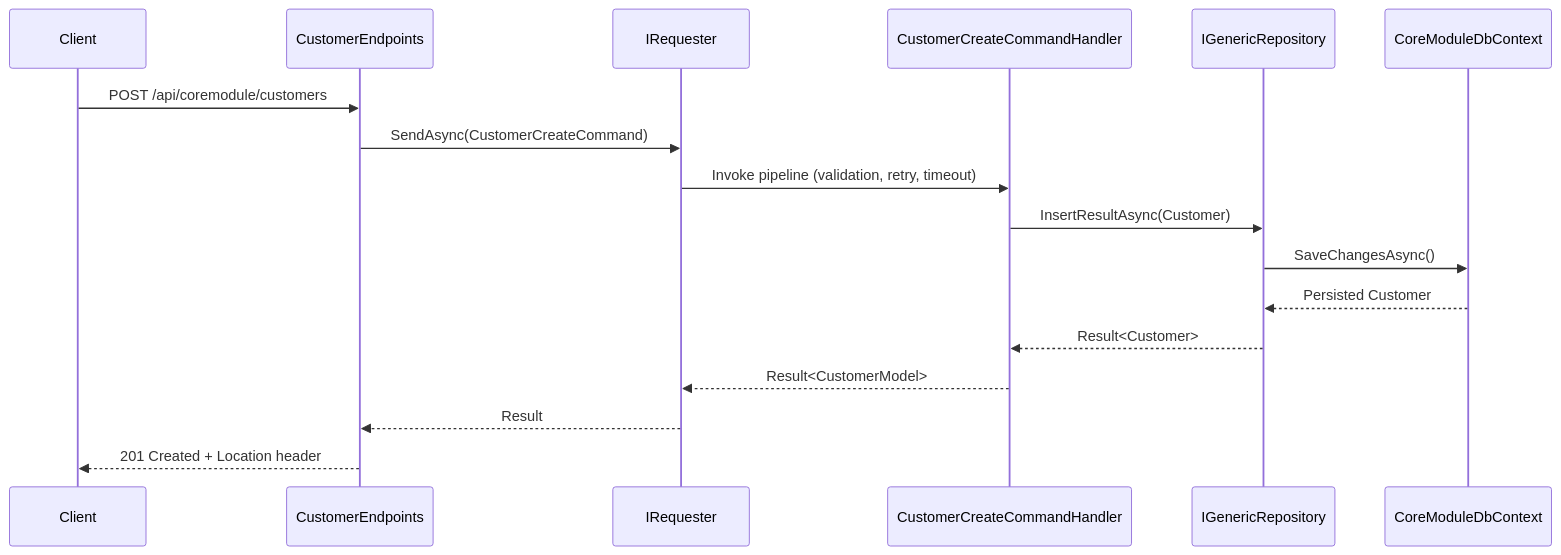
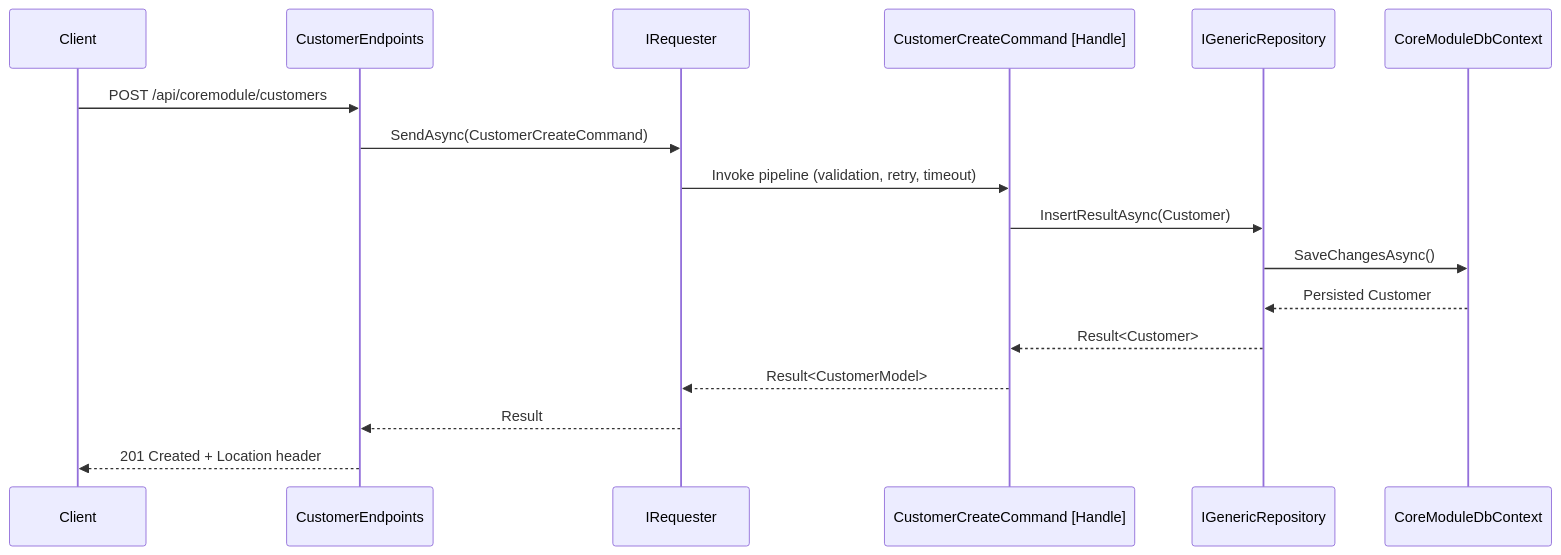
The second of 3 diagrams in src/Modules/CoreModule/CoreModule-README.md (BridgingIT-GmbH/bITdevKit.Examples.GettingStarted), drawn with Mermaid before and after one commit. The commit also changed other lines of this file and 24 other files, not shown here.

````diff
--- a/src/Modules/CoreModule/CoreModule-README.md
+++ b/src/Modules/CoreModule/CoreModule-README.md
@@ -60,19 +60,19 @@
 ```mermaid
 sequenceDiagram
  participant Client
  participant Endpoint as CustomerEndpoints
  participant Requester as IRequester
- participant Handler as CustomerCreateCommandHandler
+ participant Handler as CustomerCreateCommand [Handle]
  participant Repo as IGenericRepository
  participant Db as CoreModuleDbContext
  Client->>Endpoint: POST /api/coremodule/customers
  Endpoint->>Requester: SendAsync(CustomerCreateCommand)
  Requester->>Handler: Invoke pipeline (validation, retry, timeout)
  Handler->>Repo: InsertResultAsync(Customer)
  Repo->>Db: SaveChangesAsync()
  Db-->>Repo: Persisted Customer
  Repo-->>Handler: Result<Customer>
  Handler-->>Requester: Result<CustomerModel>
  Requester-->>Endpoint: Result
  Endpoint-->>Client: 201 Created + Location header
 ```
````
